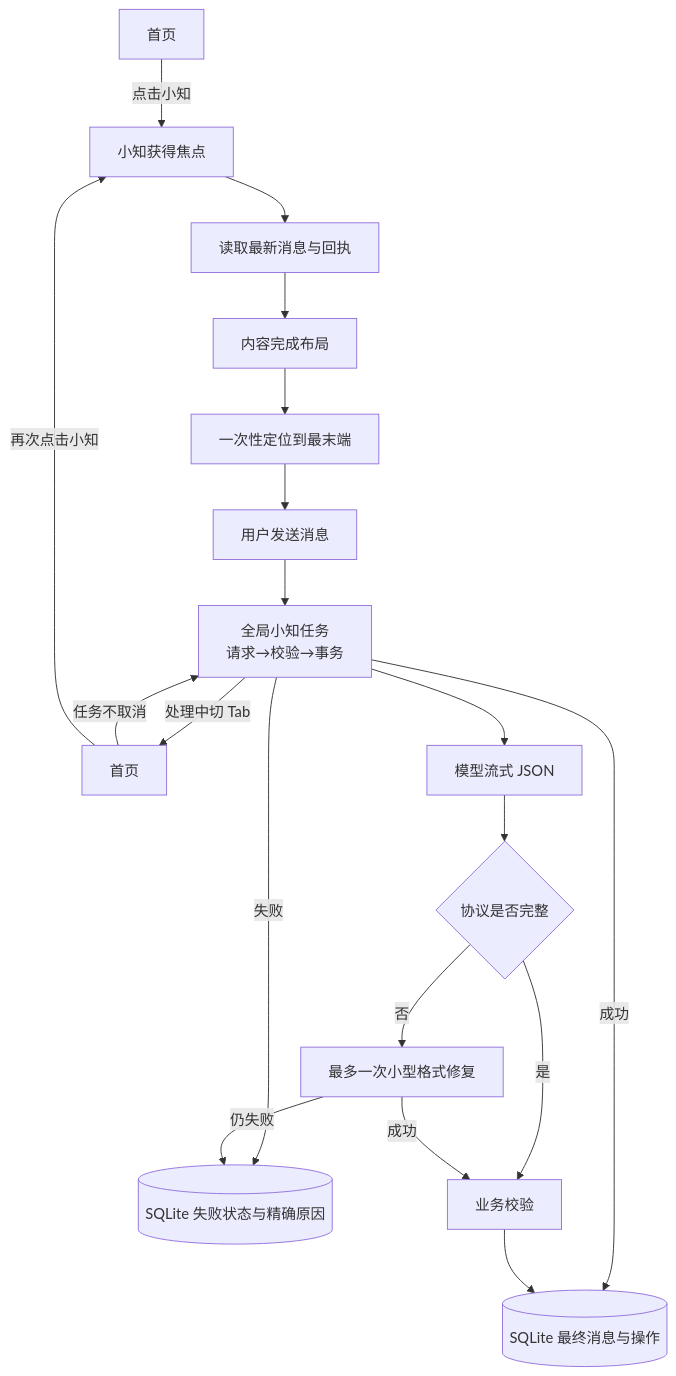
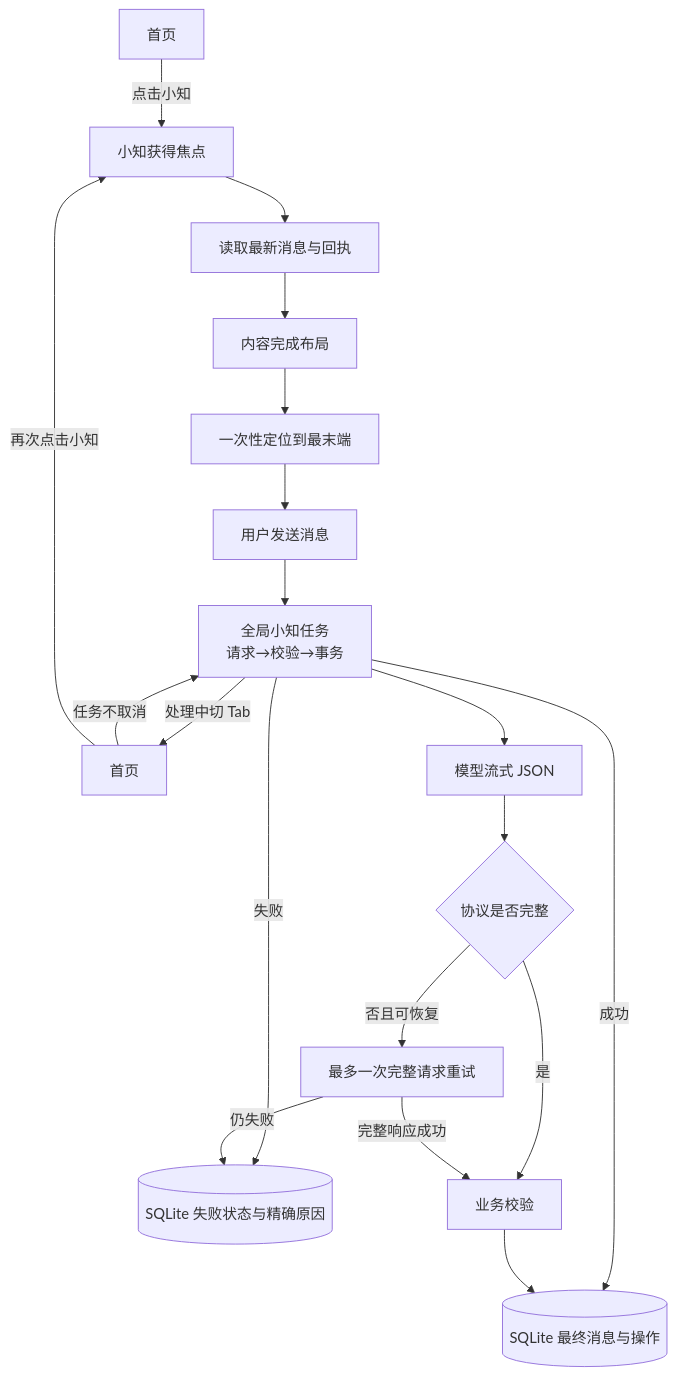
Before and after one commit to hannahxue99/assistant-app: the diagram in docs/plans/2026-09-15-xiaozhi-navigation-resilience-design.md, drawn with Mermaid. The commit also changed other lines of this file and 8 other files, not shown here.

````diff
--- a/docs/plans/2026-09-15-xiaozhi-navigation-resilience-design.md
+++ b/docs/plans/2026-09-15-xiaozhi-navigation-resilience-design.md
@@ -46,23 +48,23 @@
 ```mermaid
 flowchart TD
     H[首页] -->|点击小知| F[小知获得焦点]
     F --> L[读取最新消息与回执]
     L --> S[内容完成布局]
     S --> E[一次性定位到最末端]
 
     E --> U[用户发送消息]
     U --> J[全局小知任务\n请求→校验→事务]
     J -->|处理中切 Tab| H2[首页]
     H2 -->|任务不取消| J
     J -->|成功| D[(SQLite 最终消息与操作)]
     J -->|失败| X[(SQLite 失败状态与精确原因)]
     H2 -->|再次点击小知| F
 
     J --> R[模型流式 JSON]
     R --> P{协议是否完整}
     P -->|是| V[业务校验]
-    P -->|否| Q[最多一次小型格式修复]
-    Q -->|成功| V
+    P -->|否且可恢复| Q[最多一次完整请求重试]
+    Q -->|完整响应成功| V
     Q -->|仍失败| X
     V --> D
 ```
````
